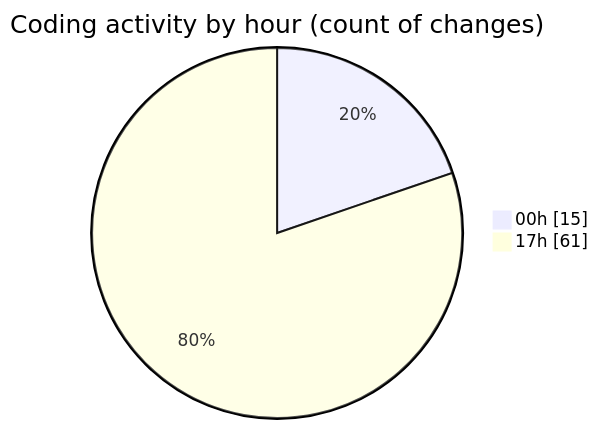
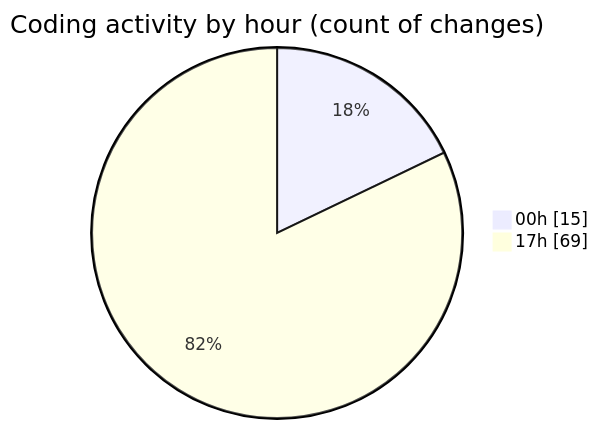
Before and after one commit to Netris89/code-tracking: the second of 2 diagrams in 2025-04-06/echo/README.md, drawn with Mermaid. The commit also changed other lines of this file and 1 other file, not shown here.

````diff
--- a/2025-04-06/echo/README.md
+++ b/2025-04-06/echo/README.md
@@ -37,6 +37,6 @@
 ```mermaid
 pie showData
 title Coding activity by hour (count of changes)
 "00h" : 15
-"17h" : 61
+"17h" : 69
 ```
````
